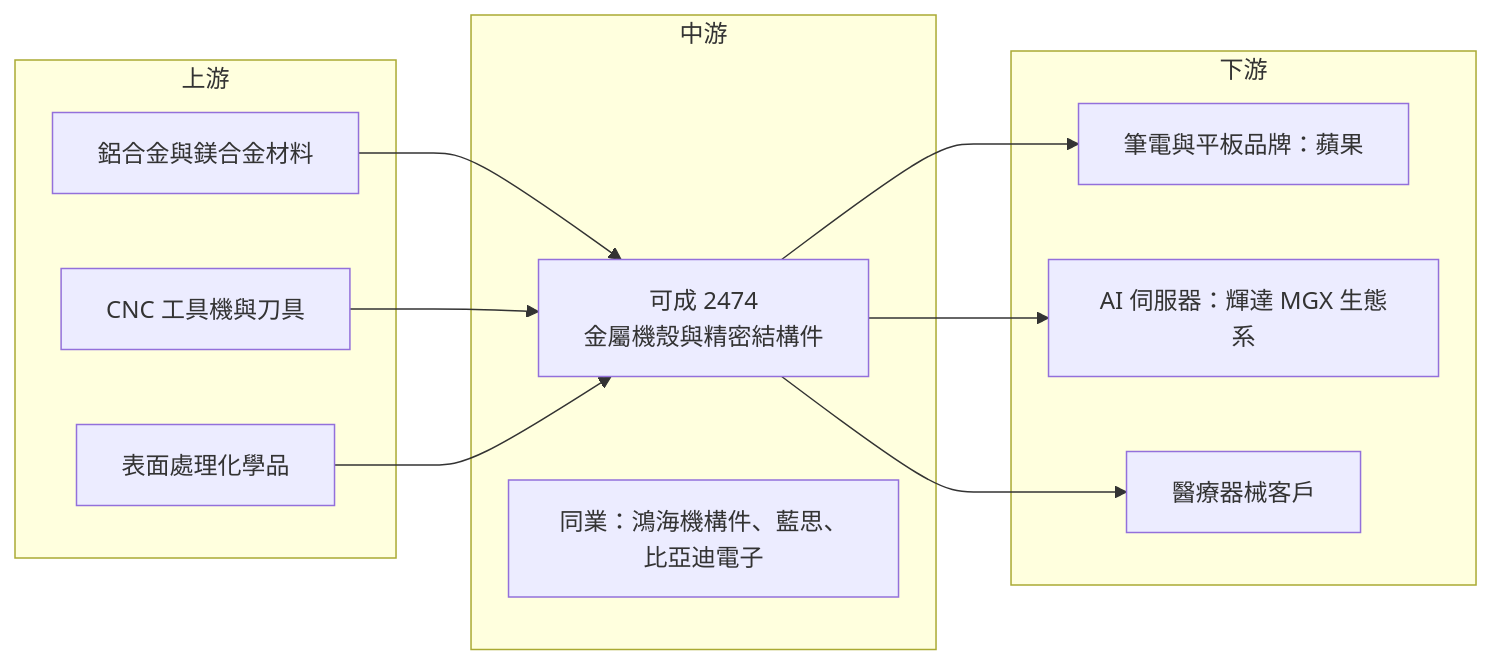
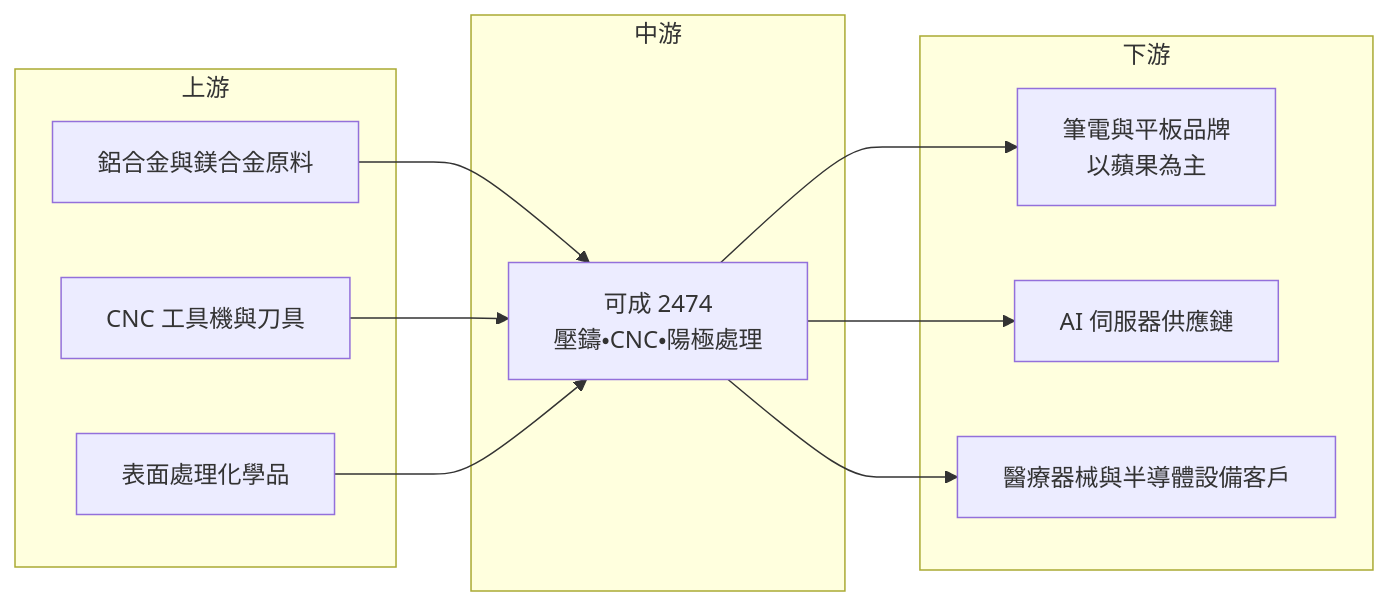
The fourth of 4 diagrams in 個股/台股/2474可成.md (wangnick1004/taiwan-stock-vault), drawn with Mermaid before and after one commit. The commit also changed other lines of this file and 19 other files, not shown here.

````diff
--- a/個股/台股/2474可成.md
+++ b/個股/台股/2474可成.md
@@ -208,23 +222,22 @@
 ```mermaid
 flowchart LR
     subgraph 上游
-        A1[鋁合金與鎂合金材料]
+        A1[鋁合金與鎂合金原料]
         A2[CNC 工具機與刀具]
         A3[表面處理化學品]
     end
     subgraph 中游
-        B[可成 2474<br/>金屬機殼與精密結構件]
-        B2[同業：鴻海機構件、藍思、比亞迪電子]
+        B[可成 2474<br/>壓鑄・CNC・陽極處理]
     end
     subgraph 下游
-        C1[筆電與平板品牌：蘋果]
-        C2[AI 伺服器：輝達 MGX 生態系]
-        C3[醫療器械客戶]
+        C1[筆電與平板品牌<br/>以蘋果為主]
+        C2[AI 伺服器供應鏈]
+        C3[醫療器械與半導體設備客戶]
     end
     A1 --> B
     A2 --> B
     A3 --> B
     B --> C1
     B --> C2
     B --> C3
 ```
````
